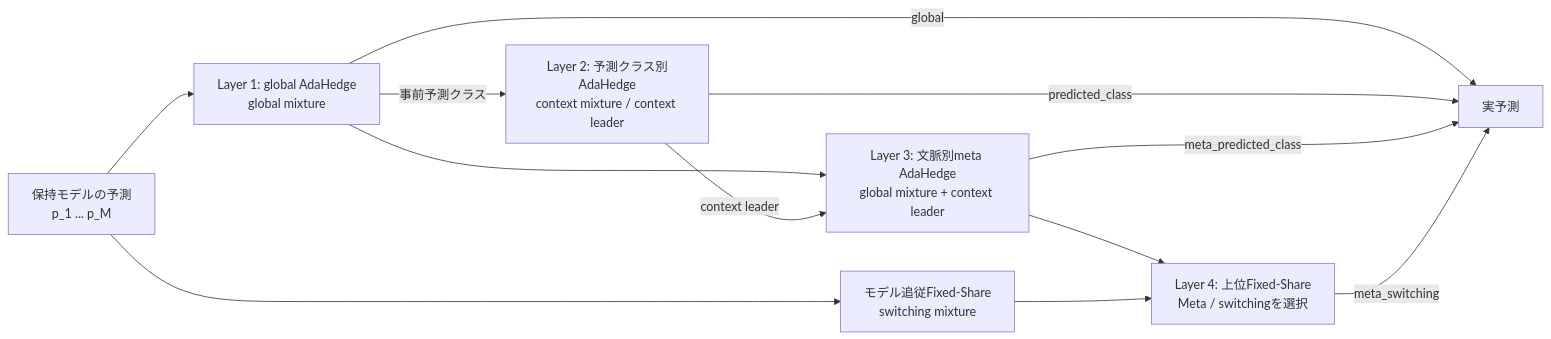
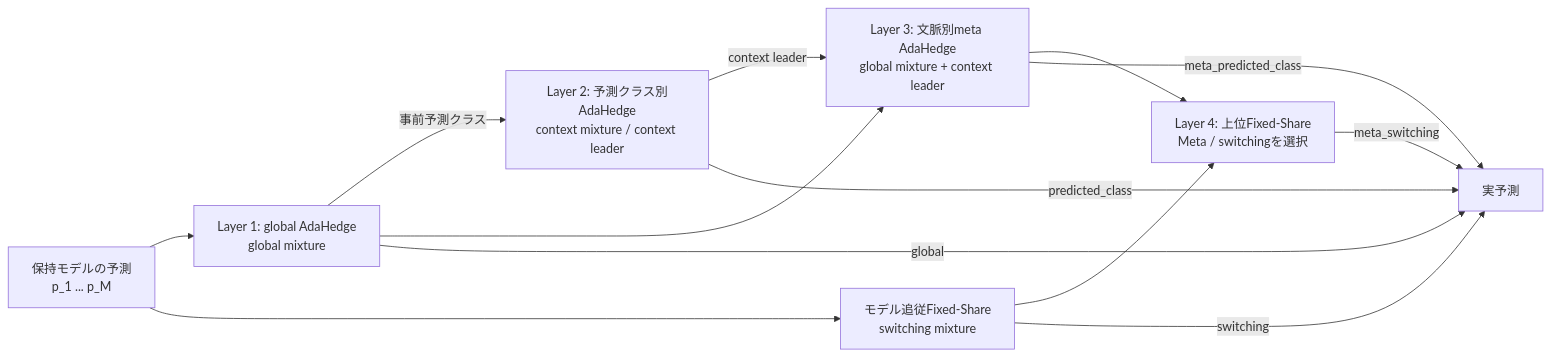
The diagram in docs/soft-routing.md (shimmen3141/FedSDA-experiment), drawn with Mermaid before and after one commit. The commit also changed other lines of this file and 10 other files, not shown here.

````diff
--- a/docs/soft-routing.md
+++ b/docs/soft-routing.md
@@ -9,22 +9,23 @@
 ```mermaid
 flowchart LR
     models["保持モデルの予測<br/>p_1 ... p_M"]
     global["Layer 1: global AdaHedge<br/>global mixture"]
     context["Layer 2: 予測クラス別AdaHedge<br/>context mixture / context leader"]
     meta["Layer 3: 文脈別meta AdaHedge<br/>global mixture + context leader"]
     switching["モデル追従Fixed-Share<br/>switching mixture"]
     top["Layer 4: 上位Fixed-Share<br/>Meta / switchingを選択"]
     output["実予測"]
 
     models --> global
     global -->|事前予測クラス| context
     global --> meta
     context -->|context leader| meta
     models --> switching
     meta --> top
     switching --> top
     global -->|global| output
+    switching -->|switching| output
     context -->|predicted_class| output
     meta -->|meta_predicted_class| output
     top -->|meta_switching| output
 ```
````
